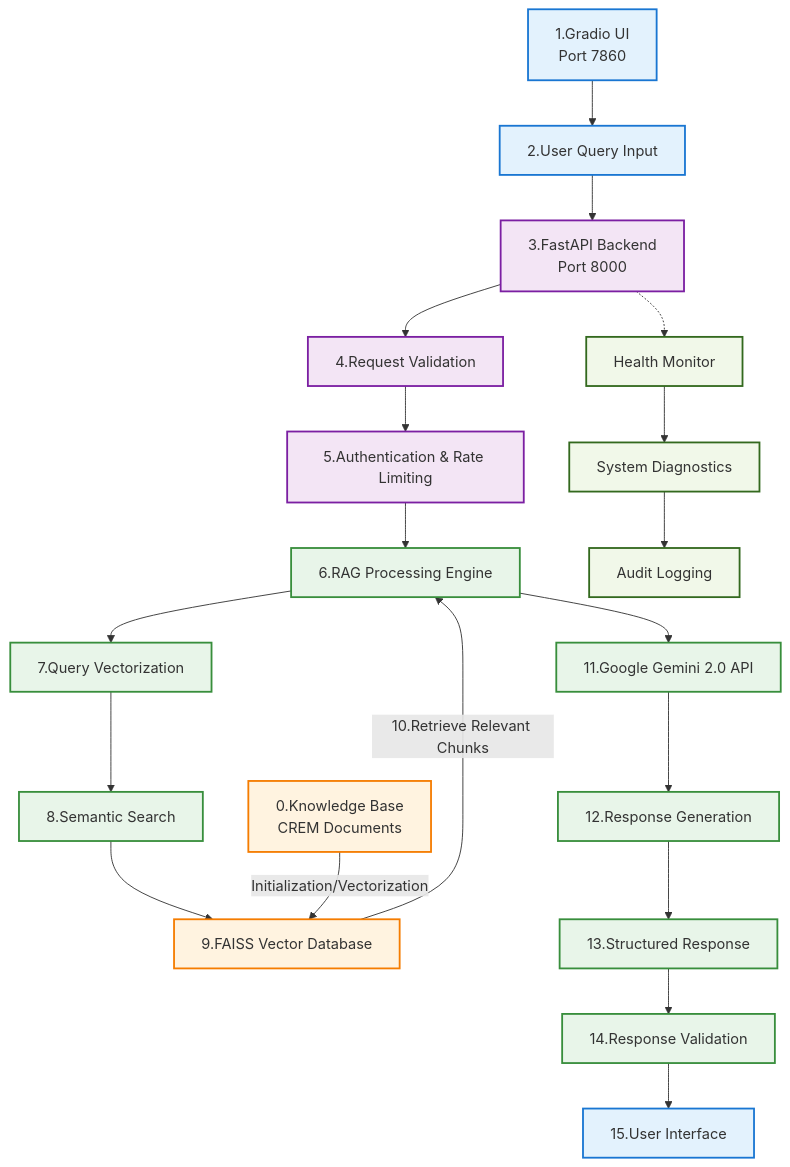
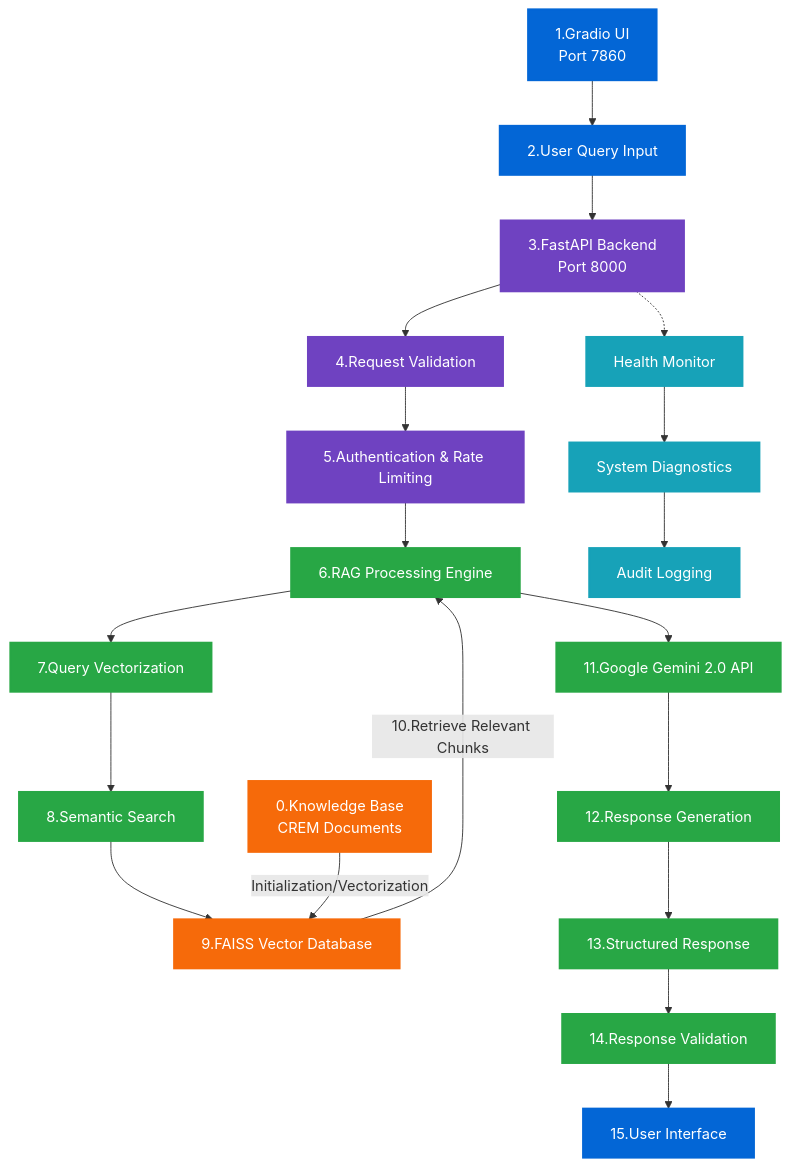
The diagram in docs/data_flow.md (ubn2vm/trend-micro-security-qa-api), drawn with Mermaid before and after one commit. The commit also changed other lines of this file and 1 other file, not shown here.

First line of the commit message:
feat: standardize Mermaid chart colors to GitHub-friendly scheme

````diff
--- a/docs/data_flow.md
+++ b/docs/data_flow.md
@@ -5,73 +5,78 @@
 ```mermaid
 graph TB
 
     %% Node Definitions - Define all nodes first
     A["1.Gradio UI<br>Port 7860"]
     B["2.User Query Input"]
     C["3.FastAPI Backend<br>Port 8000"]
     D["4.Request Validation"]
     E["5.Authentication & Rate Limiting"]
     F["6.RAG Processing Engine"]
     G["7.Query Vectorization"]
     H["8.Semantic Search"]
     I["9.FAISS Vector Database"]
     J["0.Knowledge Base<br>CREM Documents"]
     K["11.Google Gemini 2.0 API"]
     O["12.Response Generation"]
     Q["13.Structured Response"]
     R["14.Response Validation"]
     S["15.User Interface"]
 
     %% Monitoring Layer Nodes
     L1["Health Monitor"]
     L2["System Diagnostics"]
     L3["Audit Logging"]
 
     %% Main Flow Connections
     A --> B
     B --> C
     C --> D
     D --> E
     E --> F
     F --> G
     G --> H
     H --> I
     I -- "10.Retrieve Relevant Chunks" --> F
     F --> K
     K --> O
     O --> Q
     Q --> R
     R --> S
 
     %% Knowledge Base Initialization Connection
     J -- "Initialization/Vectorization" --> I
 
     %% Monitoring Layer Connections
     C -.-> L1
     L1 --> L2
     L2 --> L3
 
-    %% Color Styles for Different Layers
-    style A fill:#e3f2fd,stroke:#1976d2,stroke-width:2px
-    style B fill:#e3f2fd,stroke:#1976d2,stroke-width:2px
-    style S fill:#e3f2fd,stroke:#1976d2,stroke-width:2px
+    %% GitHub-friendly color scheme - works on both light and dark themes
+    %% Frontend Layer (GitHub Blue)
+    style A fill:#0366d6,stroke:#0366d6,stroke-width:2px,color:#ffffff
+    style B fill:#0366d6,stroke:#0366d6,stroke-width:2px,color:#ffffff
+    style S fill:#0366d6,stroke:#0366d6,stroke-width:2px,color:#ffffff
 
-    style C fill:#f3e5f5,stroke:#7b1fa2,stroke-width:2px
-    style D fill:#f3e5f5,stroke:#7b1fa2,stroke-width:2px
-    style E fill:#f3e5f5,stroke:#7b1fa2,stroke-width:2px
+    %% API Layer (GitHub Purple)
+    style C fill:#6f42c1,stroke:#6f42c1,stroke-width:2px,color:#ffffff
+    style D fill:#6f42c1,stroke:#6f42c1,stroke-width:2px,color:#ffffff
+    style E fill:#6f42c1,stroke:#6f42c1,stroke-width:2px,color:#ffffff
 
-    style F fill:#e8f5e9,stroke:#388e3c,stroke-width:2px
-    style G fill:#e8f5e9,stroke:#388e3c,stroke-width:2px
-    style H fill:#e8f5e9,stroke:#388e3c,stroke-width:2px
-    style K fill:#e8f5e9,stroke:#388e3c,stroke-width:2px
-    style O fill:#e8f5e9,stroke:#388e3c,stroke-width:2px
-    style Q fill:#e8f5e9,stroke:#388e3c,stroke-width:2px
-    style R fill:#e8f5e9,stroke:#388e3c,stroke-width:2px
+    %% Processing/LLM Layer (GitHub Green)
+    style F fill:#28a745,stroke:#28a745,stroke-width:2px,color:#ffffff
+    style G fill:#28a745,stroke:#28a745,stroke-width:2px,color:#ffffff
+    style H fill:#28a745,stroke:#28a745,stroke-width:2px,color:#ffffff
+    style K fill:#28a745,stroke:#28a745,stroke-width:2px,color:#ffffff
+    style O fill:#28a745,stroke:#28a745,stroke-width:2px,color:#ffffff
+    style Q fill:#28a745,stroke:#28a745,stroke-width:2px,color:#ffffff
+    style R fill:#28a745,stroke:#28a745,stroke-width:2px,color:#ffffff
 
-    style I fill:#fff3e0,stroke:#f57c00,stroke-width:2px
-    style J fill:#fff3e0,stroke:#f57c00,stroke-width:2px
+    %% Database Layer (GitHub Orange)
+    style I fill:#f66a0a,stroke:#f66a0a,stroke-width:2px,color:#ffffff
+    style J fill:#f66a0a,stroke:#f66a0a,stroke-width:2px,color:#ffffff
 
-    style L1 fill:#f1f8e9,stroke:#33691e,stroke-width:2px
-    style L2 fill:#f1f8e9,stroke:#33691e,stroke-width:2px
-    style L3 fill:#f1f8e9,stroke:#33691e,stroke-width:2px
+    %% Monitoring Layer (GitHub Cyan)
+    style L1 fill:#17a2b8,stroke:#17a2b8,stroke-width:2px,color:#ffffff
+    style L2 fill:#17a2b8,stroke:#17a2b8,stroke-width:2px,color:#ffffff
+    style L3 fill:#17a2b8,stroke:#17a2b8,stroke-width:2px,color:#ffffff
 ```
````
